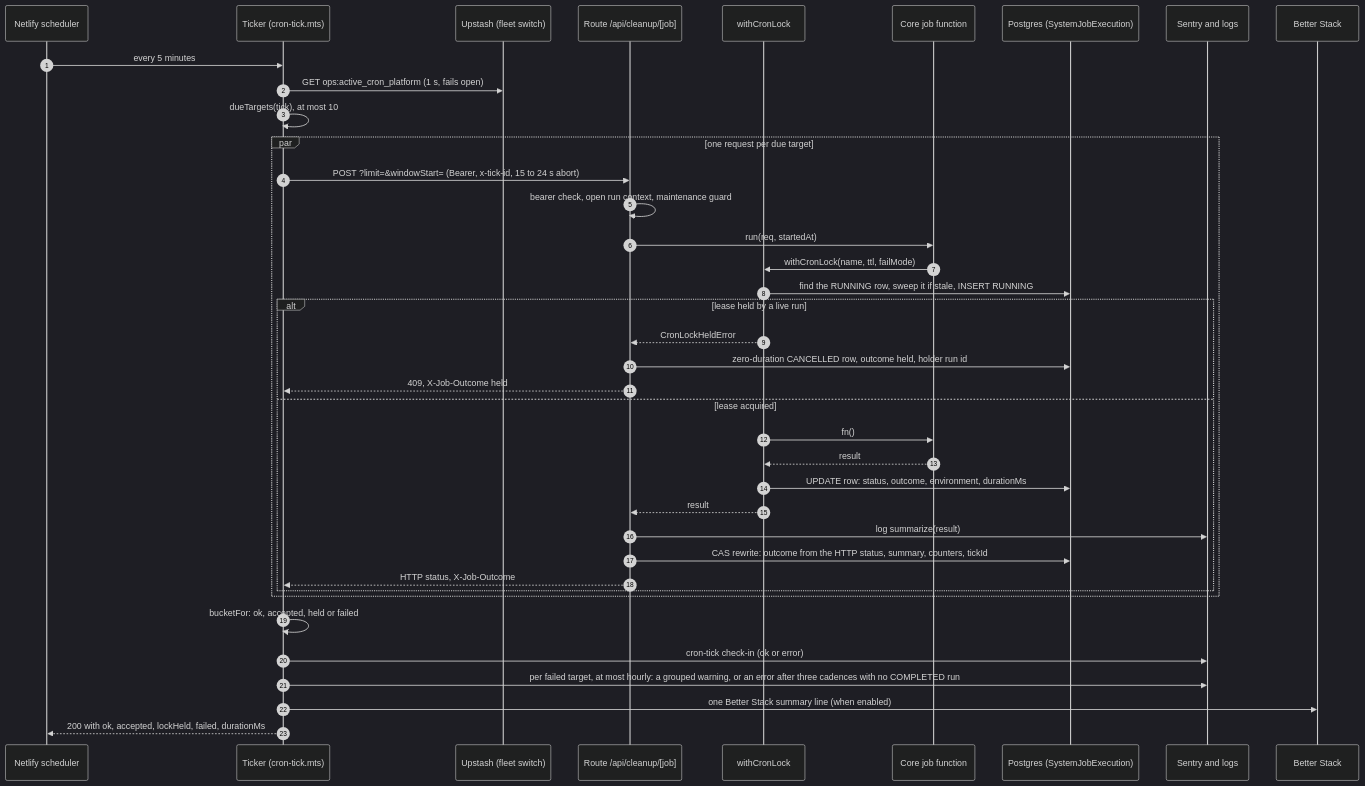
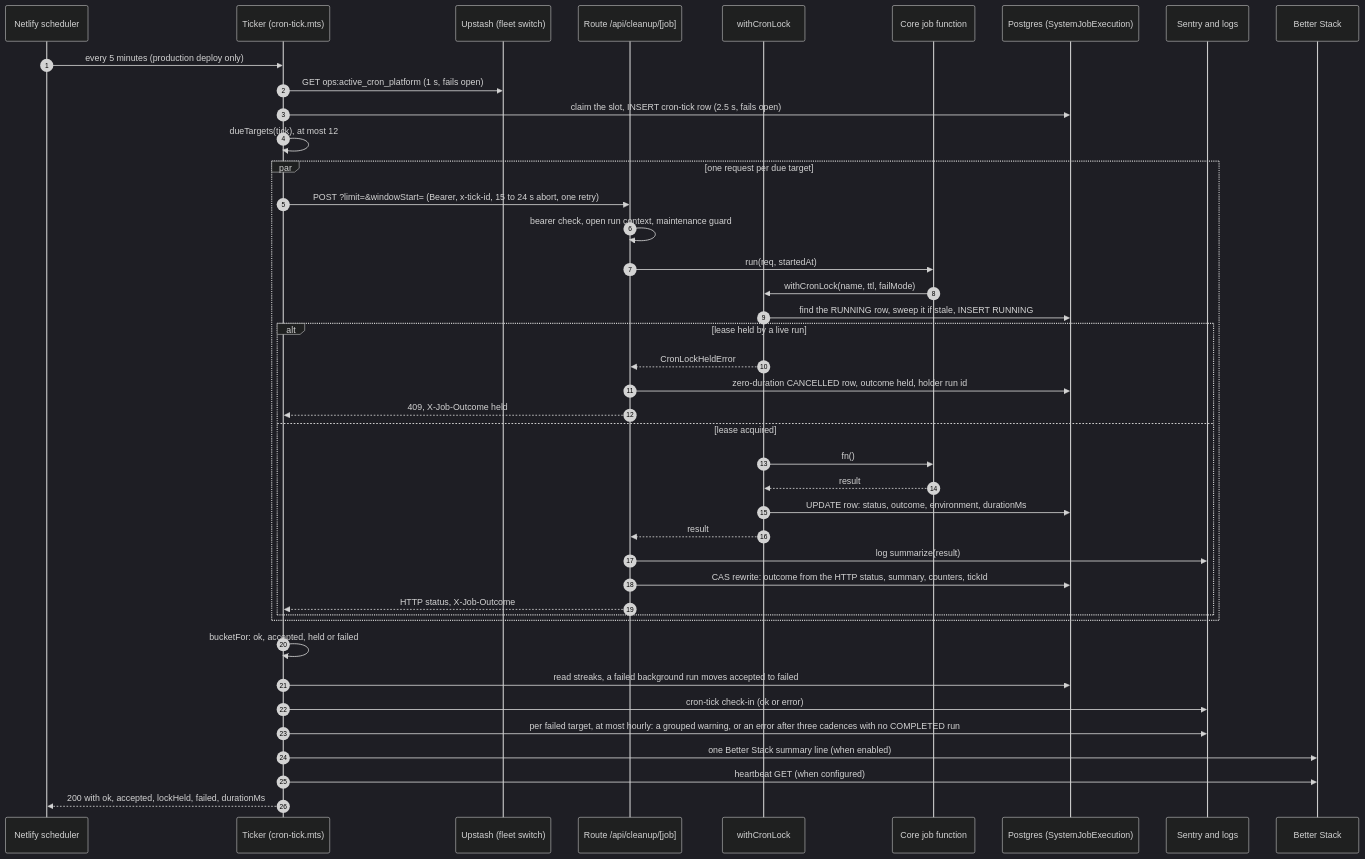
Before and after one commit to Practitionist/familiarise_web: the diagram in docs/maintenance/11-job-machinery-catalog.md, drawn with Mermaid (dark theme). The commit also changed other lines of this file and 91 other files, not shown here.

````diff
--- a/docs/maintenance/11-job-machinery-catalog.md
+++ b/docs/maintenance/11-job-machinery-catalog.md
@@ -39,42 +39,45 @@
 ```mermaid
 sequenceDiagram
     autonumber
     participant N as Netlify scheduler
     participant T as Ticker (cron-tick.mts)
     participant U as Upstash (fleet switch)
     participant R as Route /api/cleanup/[job]
     participant L as withCronLock
     participant J as Core job function
     participant P as Postgres (SystemJobExecution)
     participant S as Sentry and logs
     participant B as Better Stack
 
-    N->>T: every 5 minutes
+    N->>T: every 5 minutes (production deploy only)
     T->>U: GET ops:active_cron_platform (1 s, fails open)
-    T->>T: dueTargets(tick), at most 10
+    T->>P: claim the slot, INSERT cron-tick row (2.5 s, fails open)
+    T->>T: dueTargets(tick), at most 12
     par one request per due target
-        T->>R: POST ?limit=&windowStart= (Bearer, x-tick-id, 15 to 24 s abort)
+        T->>R: POST ?limit=&windowStart= (Bearer, x-tick-id, 15 to 24 s abort, one retry)
         R->>R: bearer check, open run context, maintenance guard
         R->>J: run(req, startedAt)
         J->>L: withCronLock(name, ttl, failMode)
         L->>P: find the RUNNING row, sweep it if stale, INSERT RUNNING
         alt lease held by a live run
             L-->>R: CronLockHeldError
             R->>P: zero-duration CANCELLED row, outcome held, holder run id
             R-->>T: 409, X-Job-Outcome held
         else lease acquired
             L->>J: fn()
             J-->>L: result
             L->>P: UPDATE row: status, outcome, environment, durationMs
             L-->>R: result
             R->>S: log summarize(result)
             R->>P: CAS rewrite: outcome from the HTTP status, summary, counters, tickId
             R-->>T: HTTP status, X-Job-Outcome
         end
     end
     T->>T: bucketFor: ok, accepted, held or failed
+    T->>P: read streaks, a failed background run moves accepted to failed
     T->>S: cron-tick check-in (ok or error)
     T->>S: per failed target, at most hourly: a grouped warning, or an error after three cadences with no COMPLETED run
     T->>B: one Better Stack summary line (when enabled)
+    T->>B: heartbeat GET (when configured)
     T-->>N: 200 with ok, accepted, lockHeld, failed, durationMs
 ```
````
